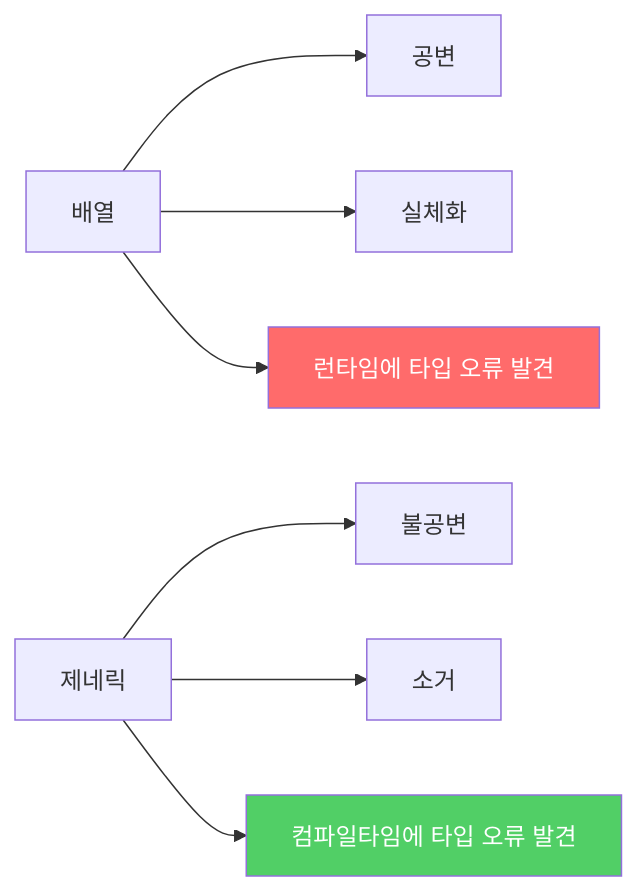
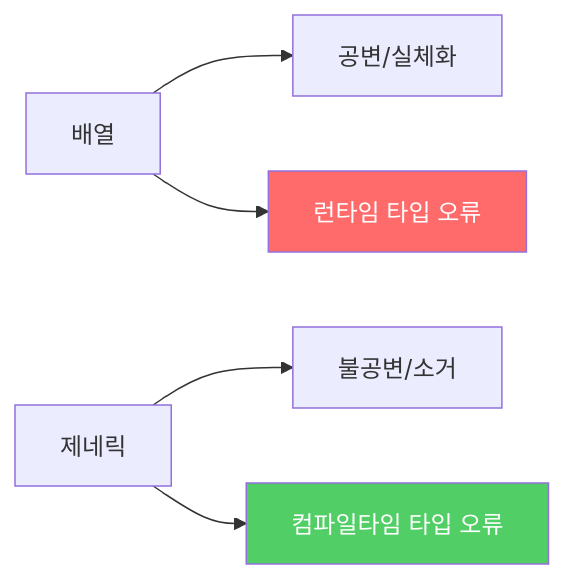
One commit to yjkim2015/yjkim2015.github.io changed the second of 2 diagrams in _posts/java/2022-01-05-effective-java28.md. Above: the diagram before and after it, drawn with Mermaid. The commit also changed 163 other files, not shown here.

First line of the commit message:
Mermaid 300개 블록 내용 축소: 5노드 5엣지 이하, 의미 있는 약어

````diff
--- a/_posts/java/2022-01-05-effective-java28.md
+++ b/_posts/java/2022-01-05-effective-java28.md
@@ -148,11 +148,9 @@
 ```mermaid
 graph LR
-    A["배열"] --> A1["공변"]
-    A --> A2["실체화"]
-    A --> A3["런타임에 타입 오류 발견"]
-    B["제네릭"] --> B1["불공변"]
-    B --> B2["소거"]
-    B --> B3["컴파일타임에 타입 오류 발견"]
-    style A3 fill:#ff6b6b,color:#fff
-    style B3 fill:#51cf66,color:#fff
+    A["배열"] --> A1["공변/실체화"]
+    A --> A2["런타임 타입 오류"]
+    B["제네릭"] --> B1["불공변/소거"]
+    B --> B2["컴파일타임 타입 오류"]
+    style A2 fill:#ff6b6b,color:#fff
+    style B2 fill:#51cf66,color:#fff
 ```
````
